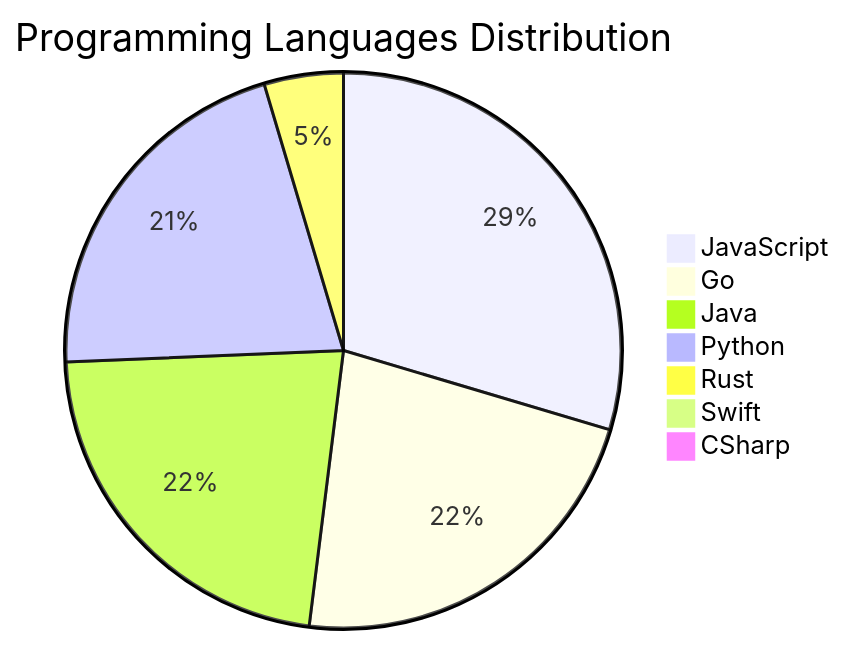
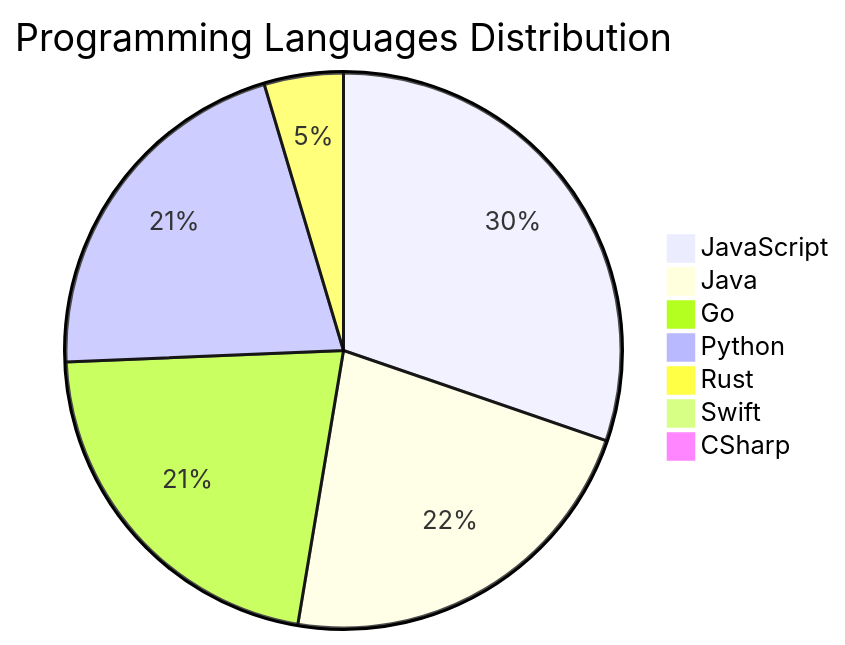
The diagram in README.md (Derrick-MUGISHA/github-activity-bot), drawn with Mermaid before and after one commit. The commit also changed other lines of this file and 4 other files, not shown here.

````diff
--- a/README.md
+++ b/README.md
@@ -207,10 +207,10 @@
 ```mermaid
 pie title Programming Languages Distribution
-    "JavaScript" : 45
-    "Go" : 34
+    "JavaScript" : 46
     "Java" : 34
+    "Go" : 33
     "Python" : 32
     "Rust" : 7
     "Swift" : 1
     "CSharp" : 1
 ```
````
